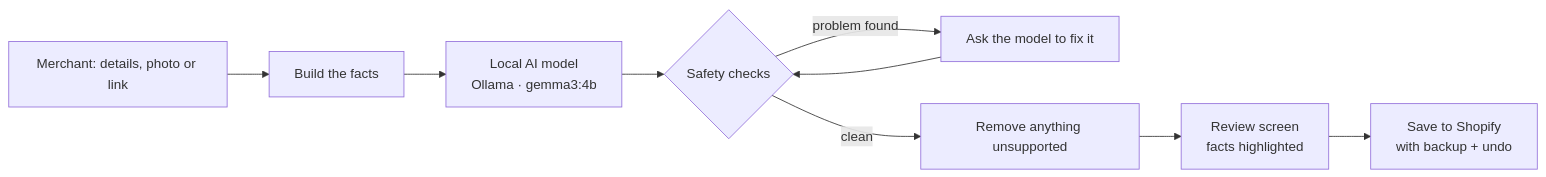
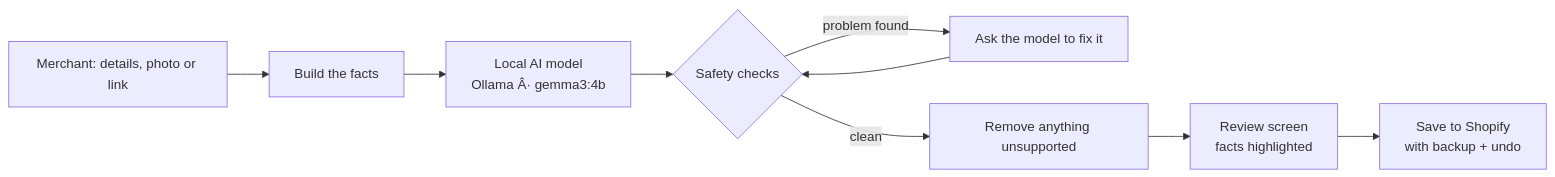
Before and after one commit to zenmeraki7/store-ai-writer: the diagram in README.md, drawn with Mermaid. The commit also changed other lines of this file and 2 other files, not shown here.

````diff
--- a/README.md
+++ b/README.md
@@ -41,11 +41,11 @@
 ```mermaid
 flowchart LR
     A[Merchant: details, photo or link] --> B[Build the facts]
-    B --> C[Local AI model<br/>Ollama · gemma3:4b]
+    B --> C[Local AI model<br/>Ollama Â· gemma3:4b]
     C --> D{Safety checks}
     D -- problem found --> E[Ask the model to fix it]
     E --> D
     D -- clean --> F[Remove anything unsupported]
     F --> G[Review screen<br/>facts highlighted]
     G --> H[Save to Shopify<br/>with backup + undo]
 ```
````
